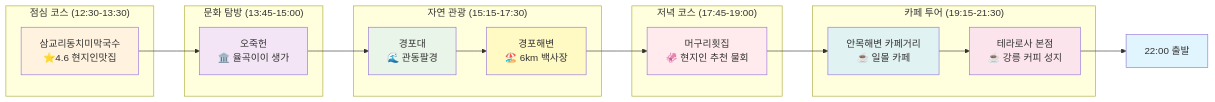
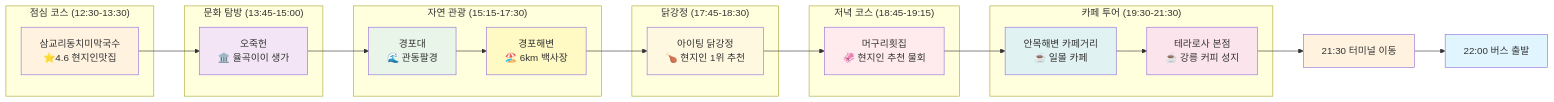
The second of 6 diagrams in travel-course-mermaid.md (didghwns0514/matjib_search), drawn with Mermaid before and after one commit. The commit also changed other lines of this file and 3 other files, not shown here.

````diff
--- a/travel-course-mermaid.md
+++ b/travel-course-mermaid.md
@@ -29,37 +32,45 @@
 ```mermaid
 graph LR
     subgraph "점심 코스 (12:30-13:30)"
         L1[삼교리동치미막국수<br/>⭐4.6 현지인맛집]
     end
     
     subgraph "문화 탐방 (13:45-15:00)"
         C1[오죽헌<br/>🏛️ 율곡이이 생가]
     end
     
     subgraph "자연 관광 (15:15-17:30)"
         N1[경포대<br/>🌊 관동팔경] --> N2[경포해변<br/>🏖️ 6km 백사장]
     end
     
-    subgraph "저녁 코스 (17:45-19:00)"
-        D1[머구리횟집<br/>🦑 현지인 추천 물회]
+    subgraph "닭강정 (17:45-18:30)"
+        D1[아이팅 닭강정<br/>🍗 현지인 1위 추천]
     end
     
-    subgraph "카페 투어 (19:15-21:30)"
+    subgraph "저녁 코스 (18:45-19:15)"
+        D2[머구리횟집<br/>🦑 현지인 추천 물회]
+    end
+    
+    subgraph "카페 투어 (19:30-21:30)"
         CF1[안목해변 카페거리<br/>☕ 일몰 카페] --> CF2[테라로사 본점<br/>☕ 강릉 커피 성지]
     end
 
     L1 --> C1
     C1 --> N1
     N2 --> D1
-    D1 --> CF1
-    CF2 --> END[22:00 출발]
+    D1 --> D2
+    D2 --> CF1
+    CF2 --> TERM[21:30 터미널 이동]
+    TERM --> END[22:00 버스 출발]
     
     style L1 fill:#fff3e0
     style C1 fill:#f3e5f5
     style N1 fill:#e8f5e8
     style N2 fill:#fff9c4
-    style D1 fill:#ffebee
+    style D1 fill:#fff8e1
+    style D2 fill:#ffebee
     style CF1 fill:#e0f2f1
     style CF2 fill:#fce4ec
+    style TERM fill:#fff3e0
     style END fill:#e1f5fe
 ```
````
